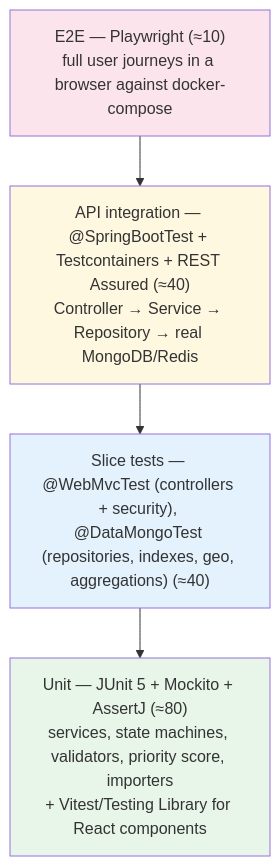
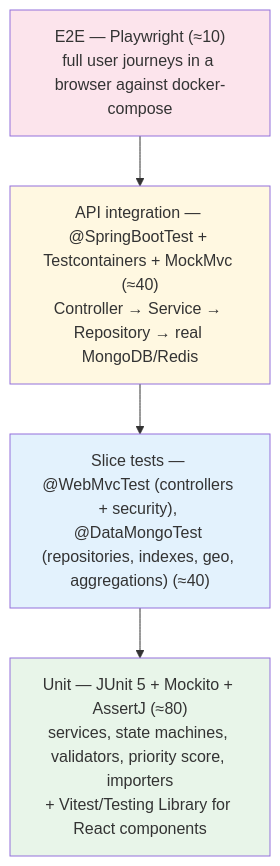
One commit to Iyed-M/olive-connect changed the diagram in docs/09-testing.md. Above: the diagram before and after it, drawn with Mermaid. The commit also changed other lines of this file and 52 other files, not shown here.

````diff
--- a/docs/09-testing.md
+++ b/docs/09-testing.md
@@ -7,12 +7,12 @@
 ```mermaid
 flowchart TB
     E2E["E2E — Playwright (≈10)<br/>full user journeys in a browser against docker-compose"]
-    API["API integration — @SpringBootTest + Testcontainers + REST Assured (≈40)<br/>Controller → Service → Repository → real MongoDB/Redis"]
+    API["API integration — @SpringBootTest + Testcontainers + MockMvc (≈40)<br/>Controller → Service → Repository → real MongoDB/Redis"]
     SLICE["Slice tests — @WebMvcTest (controllers + security), @DataMongoTest (repositories, indexes, geo, aggregations) (≈40)"]
     UNIT["Unit — JUnit 5 + Mockito + AssertJ (≈80)<br/>services, state machines, validators, priority score, importers<br/>+ Vitest/Testing Library for React components"]
     E2E --> API --> SLICE --> UNIT
     style UNIT fill:#e8f5e9
     style SLICE fill:#e3f2fd
     style API fill:#fff8e1
     style E2E fill:#fce4ec
 ```
````
